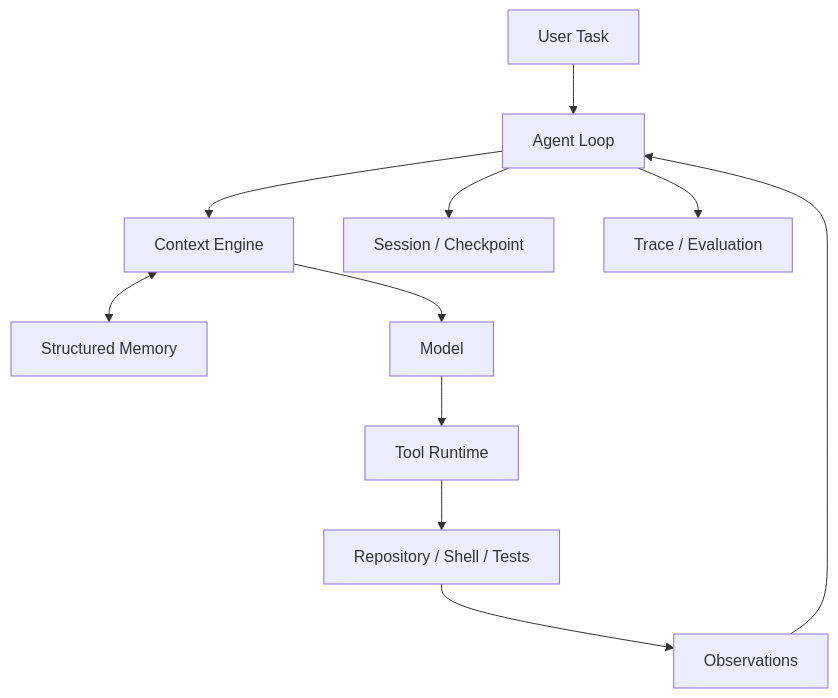
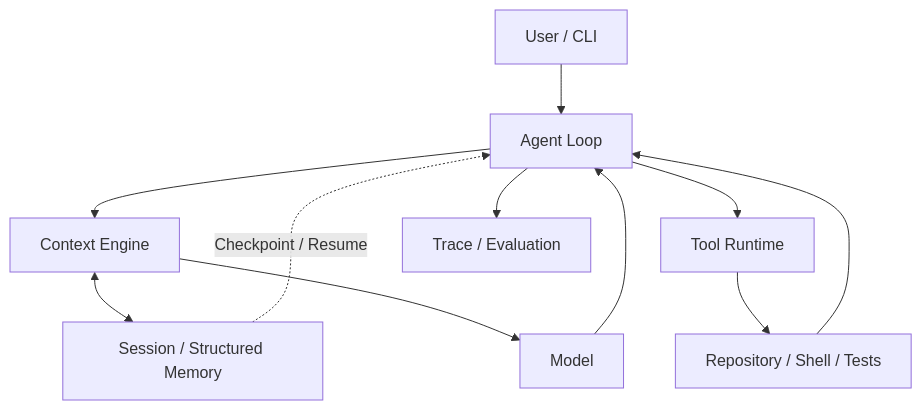
One commit to Morimi-Kazuha/Looprail-Agent changed the diagram in README.md. Above: the diagram before and after it, drawn with Mermaid. The commit also changed other lines of this file and 1308 other files, not shown here.

````diff
--- a/README.md
+++ b/README.md
@@ -48,13 +35,13 @@
 ```mermaid
 flowchart TD
-    U[User Task] --> L[Agent Loop]
+    U[User / CLI] --> L[Agent Loop]
     L --> C[Context Engine]
-    C <--> M[Structured Memory]
-    C --> A[Model]
-    A --> T[Tool Runtime]
+    C <--> S[Session / Structured Memory]
+    C --> M[Model]
+    M --> L
+    L --> T[Tool Runtime]
     T --> R[Repository / Shell / Tests]
-    R --> O[Observations]
-    O --> L
-    L --> S[Session / Checkpoint]
+    R --> L
     L --> E[Trace / Evaluation]
+    S -. Checkpoint / Resume .-> L
 ```
````
